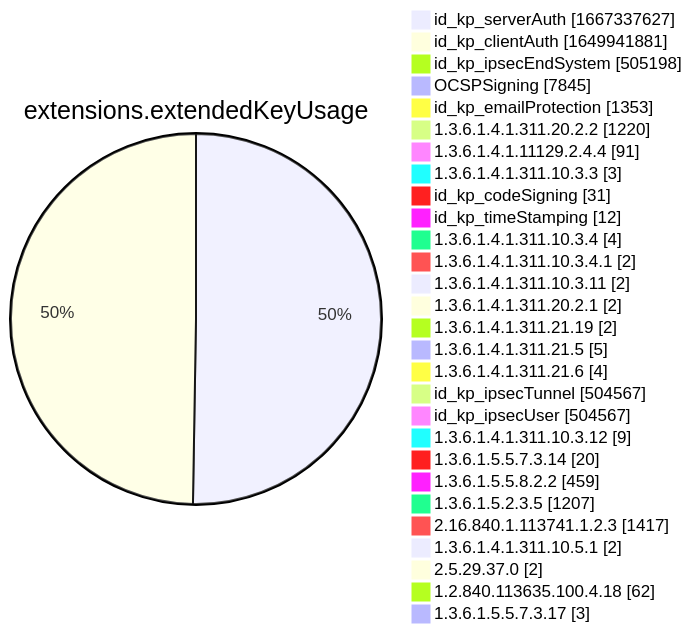
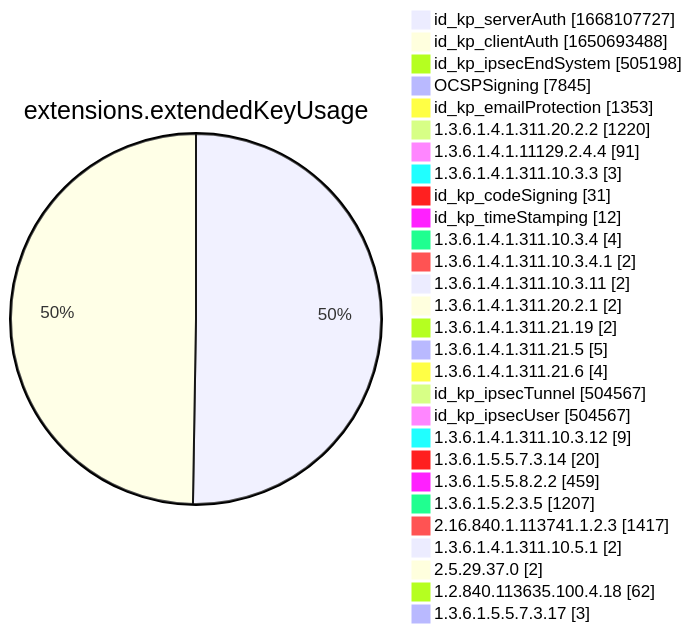
Diagram 12 of 15 in xenon2022/README.md (christiankrug/ctmonitor_visualization), drawn with Mermaid before and after one commit. The commit also changed other lines of this file, not shown here.

````diff
--- a/xenon2022/README.md
+++ b/xenon2022/README.md
@@ -3887,32 +3887,32 @@
 ```mermaid
 pie showData
 title extensions.extendedKeyUsage
-"id_kp_serverAuth" :1667337627
-"id_kp_clientAuth" :1649941881
+"id_kp_serverAuth" :1668107727
+"id_kp_clientAuth" :1650693488
 "id_kp_ipsecEndSystem" :505198
 "OCSPSigning" :7845
 "id_kp_emailProtection" :1353
 "1.3.6.1.4.1.311.20.2.2" :1220
 "1.3.6.1.4.1.11129.2.4.4" :91
 "1.3.6.1.4.1.311.10.3.3" :3
 "id_kp_codeSigning" :31
 "id_kp_timeStamping" :12
 "1.3.6.1.4.1.311.10.3.4" :4
 "1.3.6.1.4.1.311.10.3.4.1" :2
 "1.3.6.1.4.1.311.10.3.11" :2
 "1.3.6.1.4.1.311.20.2.1" :2
 "1.3.6.1.4.1.311.21.19" :2
 "1.3.6.1.4.1.311.21.5" :5
 "1.3.6.1.4.1.311.21.6" :4
 "id_kp_ipsecTunnel" :504567
 "id_kp_ipsecUser" :504567
 "1.3.6.1.4.1.311.10.3.12" :9
 "1.3.6.1.5.5.7.3.14" :20
 "1.3.6.1.5.5.8.2.2" :459
 "1.3.6.1.5.2.3.5" :1207
 "2.16.840.1.113741.1.2.3" :1417
 "1.3.6.1.4.1.311.10.5.1" :2
 "2.5.29.37.0" :2
 "1.2.840.113635.100.4.18" :62
 "1.3.6.1.5.5.7.3.17" :3
 ```
````
